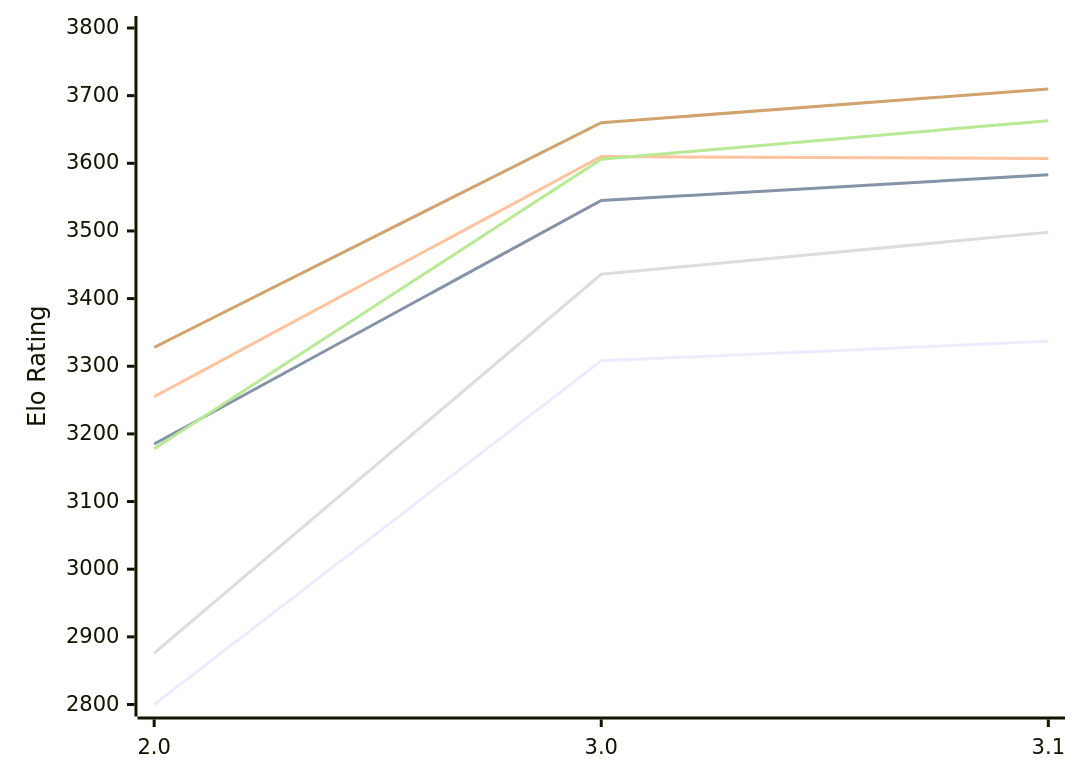
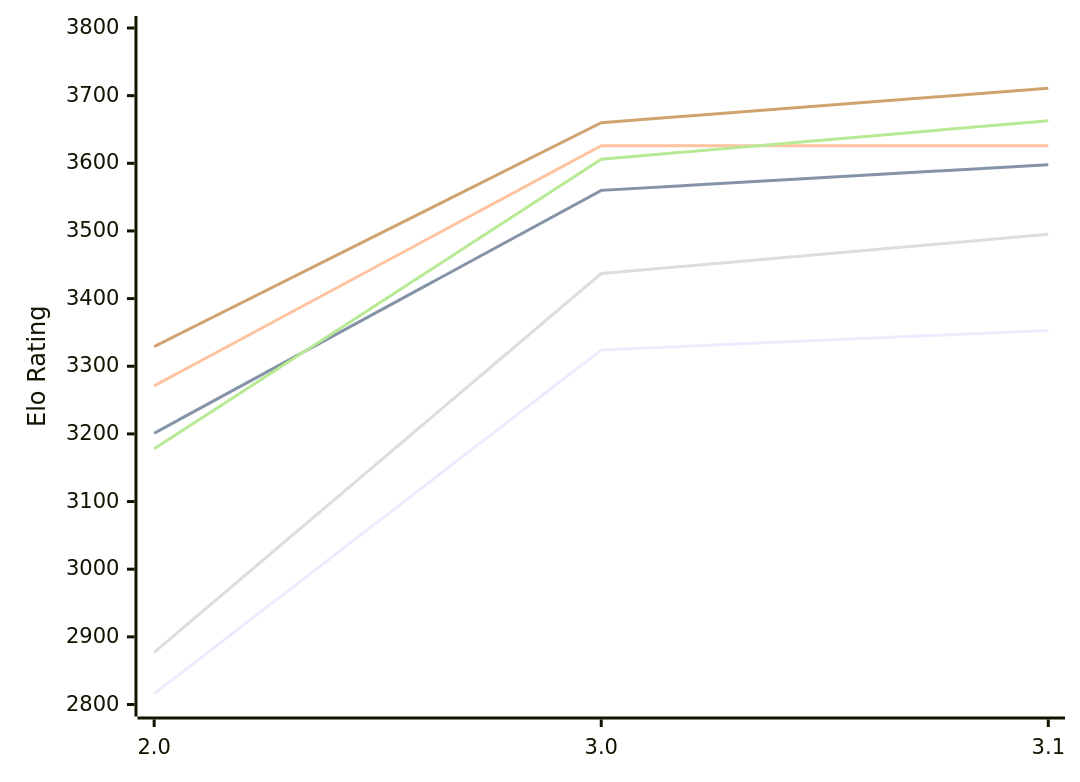
The diagram in engines/Funcomp.md (computer-chess-index/cci), drawn with Mermaid before and after one commit. The commit also changed other lines of this file, not shown here.

Commit message:
Update CCI Ratings (ELO VLTC) - 2026-11-11

````diff
--- a/engines/Funcomp.md
+++ b/engines/Funcomp.md
@@ -51,12 +51,12 @@
 ```mermaid
 %%{init: {"theme":"base","themeVariables":{"seriesColors:['#a3a3a3','#222221','#faa371']}}}%%
 xychart-beta
   x-axis ["2.0", "3.0", "3.1"]
   y-axis "Elo Rating" 2800 --> 3800
-  line "E1: STC (8.0+0.08s)" [2800, 3308, 3337]
-  line "E1: LTC (60.0+0.60s)" [3185, 3545, 3583]
-  line "E1: VLTC (2m24s+1.12s)" [3255, 3610, 3607]
-  line "P1: STC (8.0+0.08s)" [2876, 3436, 3498]
+  line "E1: STC (8.0+0.08s)" [2816, 3324, 3353]
+  line "E1: LTC (60.0+0.60s)" [3201, 3560, 3598]
+  line "E1: VLTC (2m24s+1.12s)" [3271, 3626, 3626]
+  line "P1: STC (8.0+0.08s)" [2877, 3437, 3495]
   line "P1: LTC (60.0+0.60s)" [3178, 3606, 3663]
-  line "P1: VLTC (2m24s+1.12s)" [3328, 3660, 3710]
+  line "P1: VLTC (2m24s+1.12s)" [3329, 3660, 3711]
 ```
````
